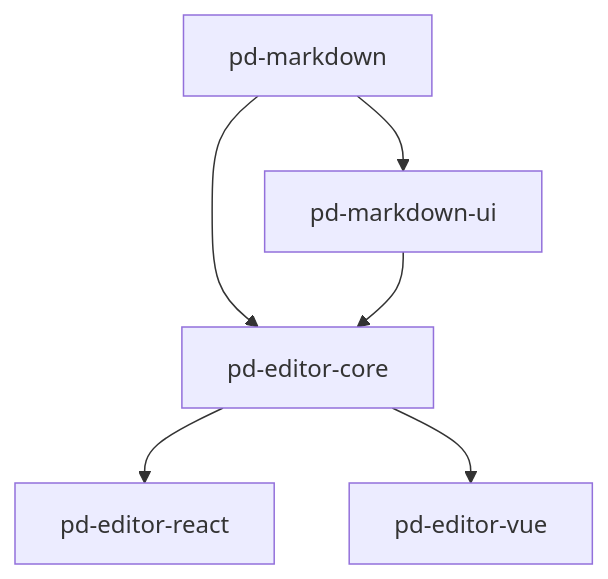
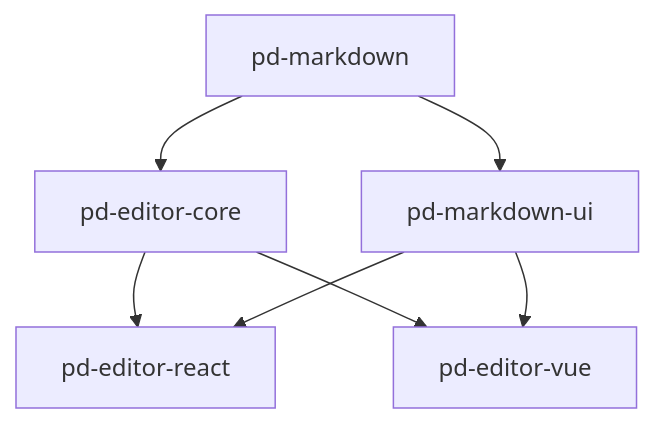
One commit to LaoChen1994/pd-markdown-editor changed the diagram in README.md. Above: the diagram before and after it, drawn with Mermaid. The commit also changed other lines of this file and 68 other files, not shown here.

````diff
--- a/README.md
+++ b/README.md
@@ -141,8 +167,9 @@
 ```mermaid
 graph TD
     A[pd-markdown] --> B[pd-markdown-ui]
     A --> C[pd-editor-core]
-    B --> C
     C --> D[pd-editor-react]
     C --> E[pd-editor-vue]
+    B --> D
+    B --> E
 ```
````
